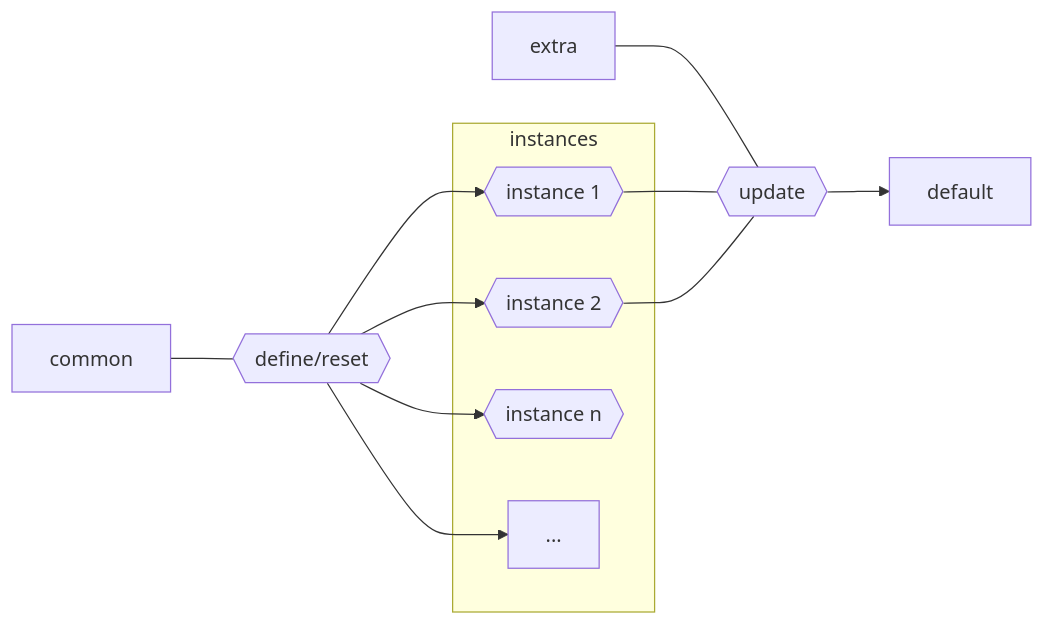
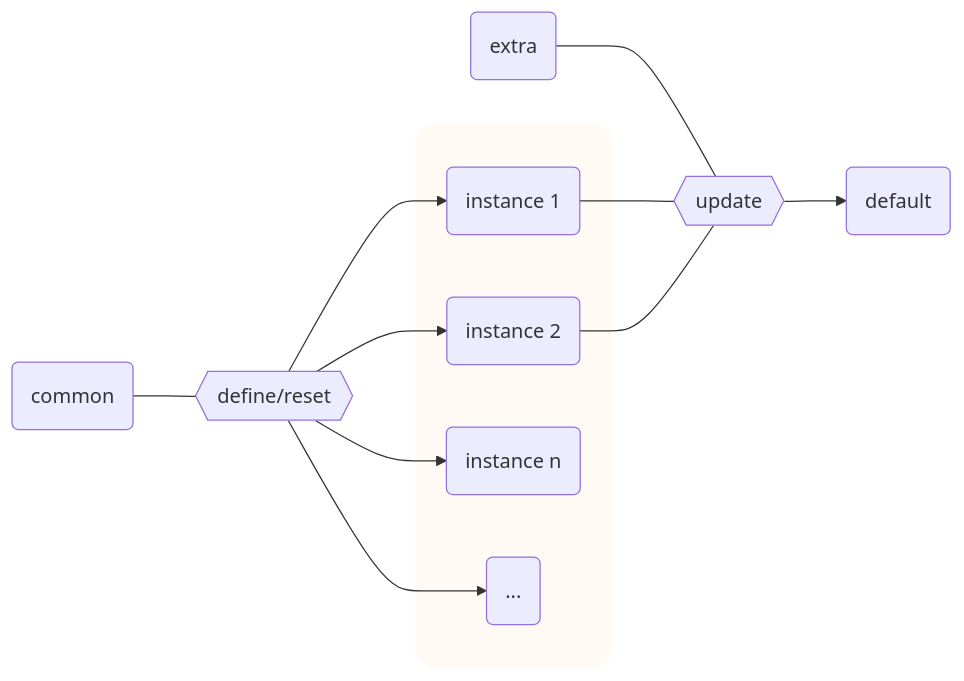
The diagram in docs/symbolic/Yurie-Cluster/idea.md (yuriever/yuriever.github.io), drawn with Mermaid before and after one commit. The commit also changed other lines of this file and 2 other files, not shown here.

````diff
--- a/docs/symbolic/Yurie-Cluster/idea.md
+++ b/docs/symbolic/Yurie-Cluster/idea.md
@@ -39,12 +39,21 @@
     ``` mermaid
-    graph LR
+    flowchart LR
 
-    common --- define{{define/reset}}
+    common(common)
+    extra(extra)
+    default(default)
+
+    define{{define/reset}}
+    update{{update}}
+
+    common --- define
     define --> instance1 & instance2 & instancen & ...
-    extra & instance1 & instance2  --- update{{update}}
+    extra & instance1 & instance2  --- update
     update --> default
-    
-    subgraph instances
-    instance1{{instance 1}} & instance2{{instance 2}} & ... & instancen{{instance n}}
+
+    subgraph instances[" "]
+    instance1(instance 1) & instance2(instance 2) & ...(...) & instancen(instance n)
+
+    style instances fill:#ffdaaa20,stroke-width:0,rx:1rem,ry:1rem
     end
     ```
````
